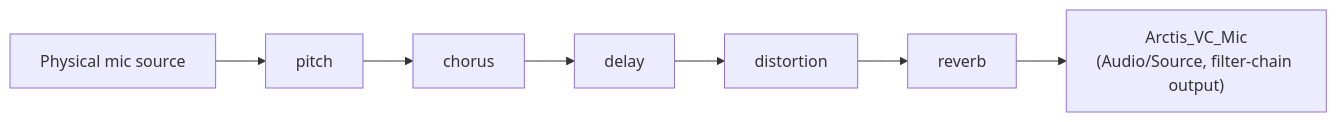
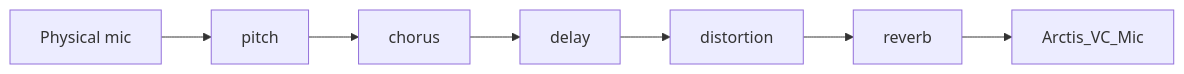
Before and after one commit to elegos/Linux-Arctis-Manager: the first of 2 diagrams in docs/voice-changing-feature.md, drawn with Mermaid. The commit also changed other lines of this file and 17 other files, not shown here.

````diff
--- a/docs/voice-changing-feature.md
+++ b/docs/voice-changing-feature.md
@@ -80,9 +111,5 @@
 ```mermaid
 flowchart LR
-    A[Physical mic source] --> B[pitch]
-    B --> C[chorus]
-    C --> D[delay]
-    D --> E[distortion]
-    E --> F[reverb]
-    F --> G["Arctis_VC_Mic\n(Audio/Source, filter-chain output)"]
+    A[Physical mic] --> B[pitch] --> C[chorus] --> D[delay] --> E[distortion] --> F[reverb]
+    F --> G["Arctis_VC_Mic"]
 ```
````
